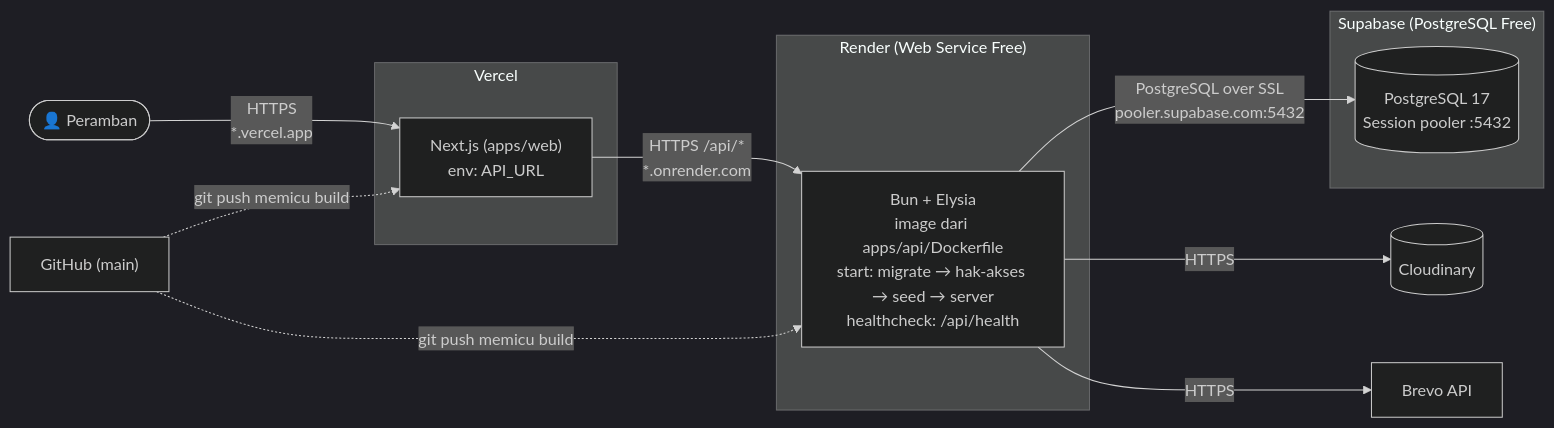
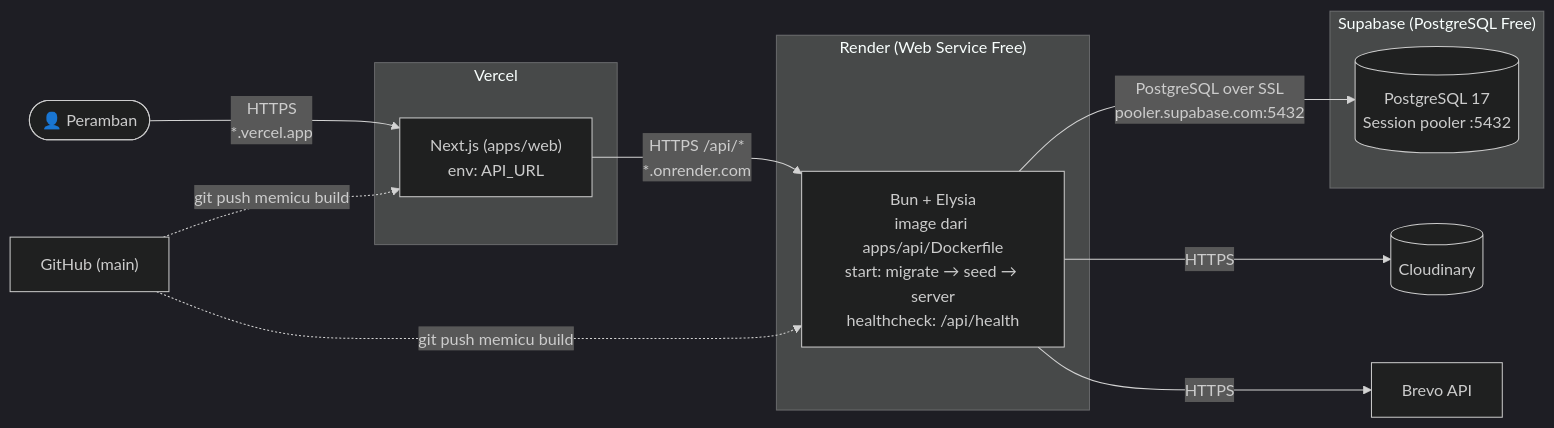
The diagram in docs/uml/04-deployment.md (AhmadsTechDev/kegiatan-kominfo), drawn with Mermaid (dark theme) before and after one commit. The commit also changed other lines of this file and 379 other files, not shown here.

````diff
--- a/docs/uml/04-deployment.md
+++ b/docs/uml/04-deployment.md
@@ -7,28 +7,28 @@
 ```mermaid
 flowchart LR
     pengguna(["👤 Peramban"])
 
     subgraph vercel["Vercel"]
         next["Next.js (apps/web)<br/>env: API_URL"]
     end
 
     subgraph render["Render (Web Service Free)"]
-        bun["Bun + Elysia<br/>image dari apps/api/Dockerfile<br/>start: migrate → hak-akses → seed → server<br/>healthcheck: /api/health"]
+        bun["Bun + Elysia<br/>image dari apps/api/Dockerfile<br/>start: migrate → seed → server<br/>healthcheck: /api/health"]
     end
 
     subgraph supabase["Supabase (PostgreSQL Free)"]
         pg[("PostgreSQL 17<br/>Session pooler :5432")]
     end
 
     cloud[("Cloudinary")]
     brevo["Brevo API"]
     gh["GitHub (main)"]
 
     pengguna -- "HTTPS<br/>*.vercel.app" --> next
     next -- "HTTPS /api/*<br/>*.onrender.com" --> bun
     bun -- "PostgreSQL over SSL<br/>pooler.supabase.com:5432" --> pg
     bun -- HTTPS --> cloud
     bun -- HTTPS --> brevo
     gh -. "git push memicu build" .-> next
     gh -. "git push memicu build" .-> bun
 ```
````
